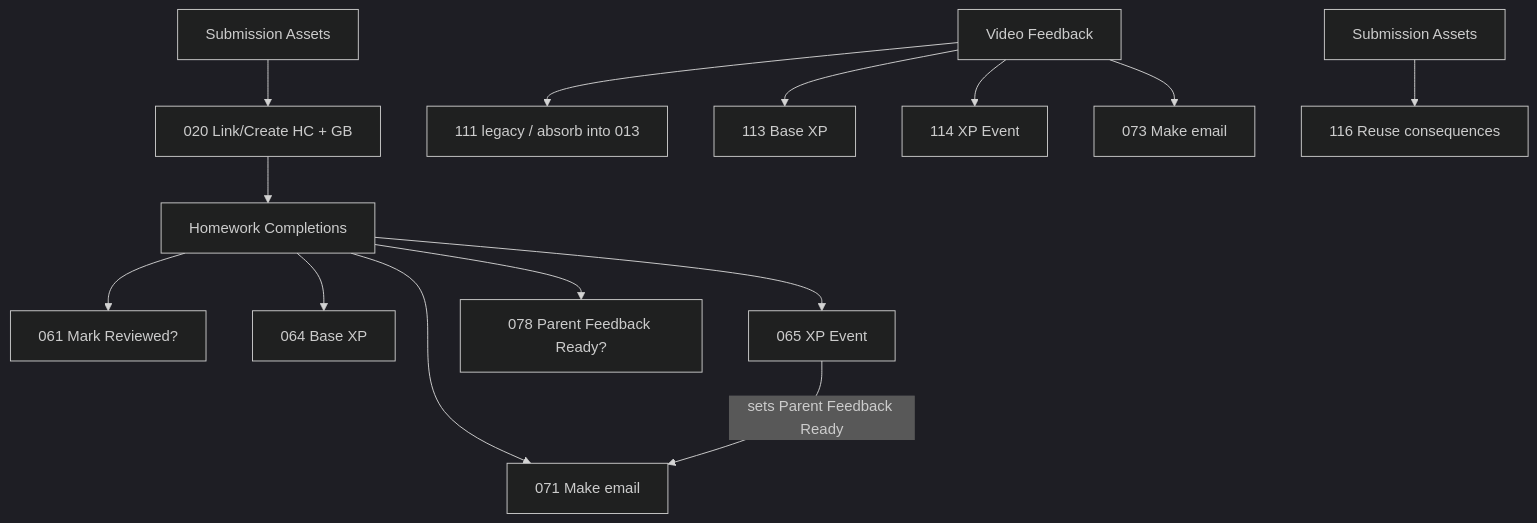
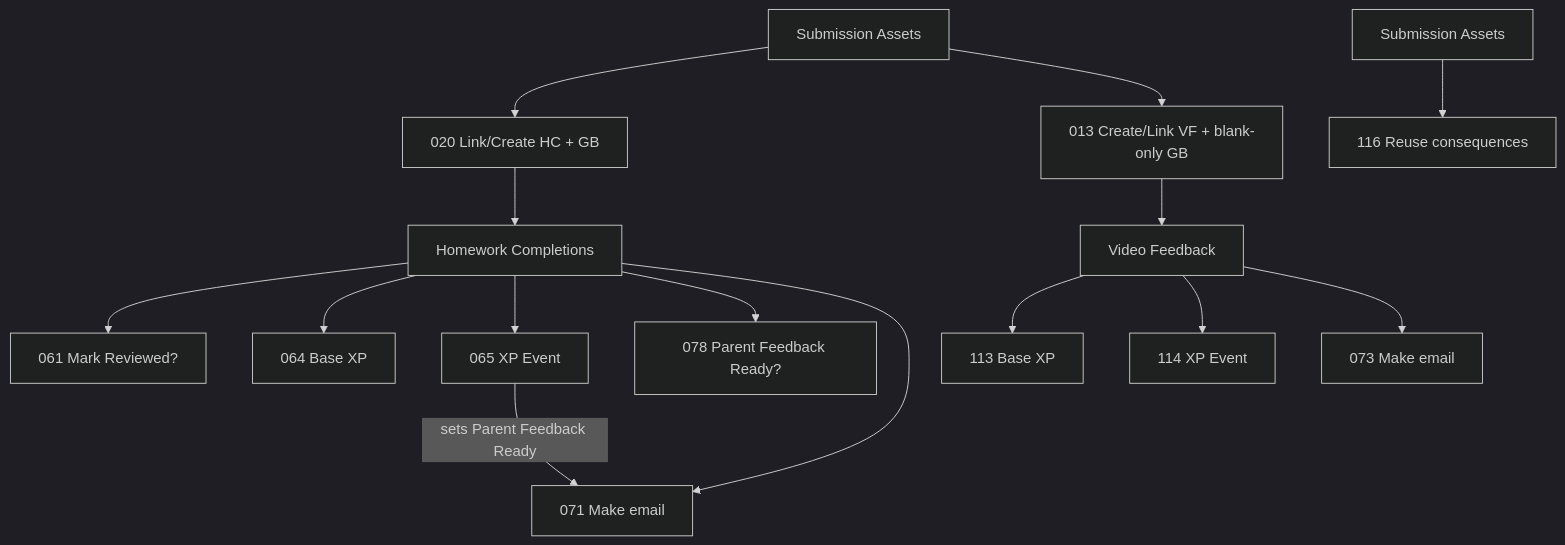
Before and after one commit to Schmidt127/127-si-shooting-challenge: the third of 3 diagrams in docs/architecture/AIRTABLE-AUTOMATION-DEPENDENCY-MAP.md, drawn with Mermaid (dark theme). The commit also changed other lines of this file and 17 other files, not shown here.

First line of the commit message:
feat(Phase C2): absorb 111 Grade Band into 013 (blank-only) — stop at Mike paste

````diff
--- a/docs/architecture/AIRTABLE-AUTOMATION-DEPENDENCY-MAP.md
+++ b/docs/architecture/AIRTABLE-AUTOMATION-DEPENDENCY-MAP.md
@@ -82,18 +82,19 @@
 ```mermaid
 flowchart TD
   HC[Homework Completions]
   VF[Video Feedback]
   SA[Submission Assets] --> A020[020 Link/Create HC + GB]
   A020 --> HC
   HC --> A061[061 Mark Reviewed?]
   HC --> A064[064 Base XP]
   HC --> A065[065 XP Event]
   HC --> A078[078 Parent Feedback Ready?]
   HC --> A071[071 Make email]
   A065 -->|sets Parent Feedback Ready| A071
-  VF --> A111[111 legacy / absorb into 013]
+  SA --> A013[013 Create/Link VF + blank-only GB]
+  A013 --> VF
   VF --> A113[113 Base XP]
   VF --> A114[114 XP Event]
   VF --> A073[073 Make email]
   SA2[Submission Assets] --> A116[116 Reuse consequences]
 ```
````
